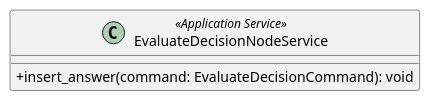
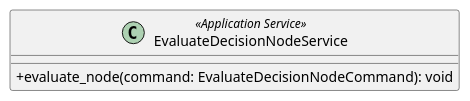
The diagram in src/PB/DocumentazioneEsterna/Specifica_Tecnica/content/uml/puml/Diagrammi_classi/Backend/ApplicationServices/EvaluateDecisionNodeService.puml (GroupRubberDuck/Documentazione), drawn with PlantUML before and after one commit. The commit also changed 2 other files, not shown here.

Commit message:
Feat: aggiornati diagrammi evaluation

```diff
--- a/src/PB/DocumentazioneEsterna/Specifica_Tecnica/content/uml/puml/Diagrammi_classi/Backend/ApplicationServices/EvaluateDecisionNodeService.puml
+++ b/src/PB/DocumentazioneEsterna/Specifica_Tecnica/content/uml/puml/Diagrammi_classi/Backend/ApplicationServices/EvaluateDecisionNodeService.puml
@@ -1,8 +1,8 @@
 @startuml EvaluateDecisionNodeService
 skinparam classAttributeIconSize 0
 
 class EvaluateDecisionNodeService <<Application Service>> {
-    + insert_answer(command: EvaluateDecisionCommand): void
+    + evaluate_node(command: EvaluateDecisionNodeCommand): void
 }
 
 @enduml
```
